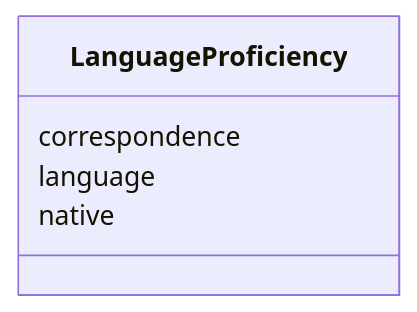
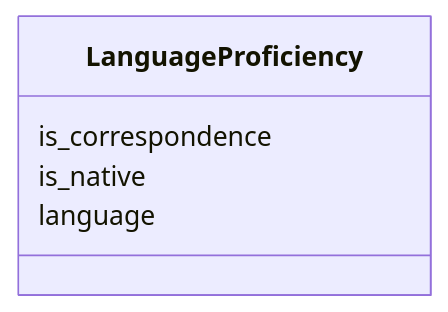
One commit to swiss/political-affairs-ech-group changed the diagram in ech-0294_actors/output/docs/LanguageProficiency.md. Above: the diagram before and after it, drawn with Mermaid. The commit also changed other lines of this file and 176 other files, not shown here.

````diff
--- a/ech-0294_actors/output/docs/LanguageProficiency.md
+++ b/ech-0294_actors/output/docs/LanguageProficiency.md
@@ -13,12 +22,12 @@
 ```mermaid
  classDiagram
     class LanguageProficiency
     click LanguageProficiency href "../LanguageProficiency/"
-      LanguageProficiency : correspondence
+      LanguageProficiency : is_correspondence
+        
+      LanguageProficiency : is_native
         
       LanguageProficiency : language
         
-      LanguageProficiency : native
-        
       
 ```
````
